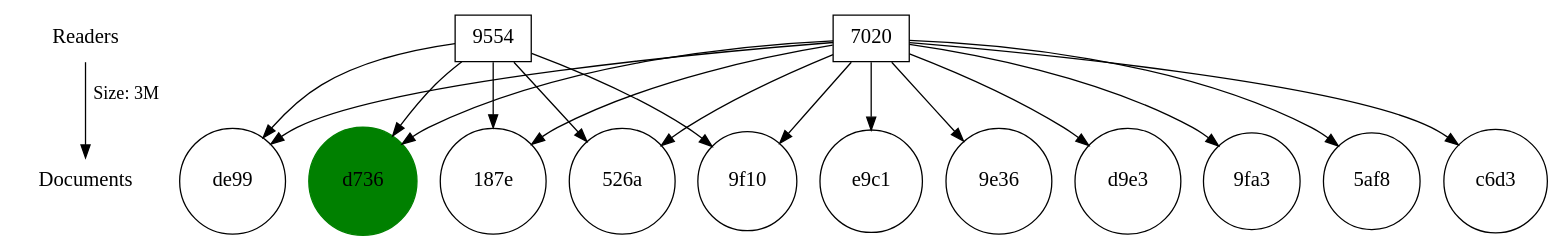
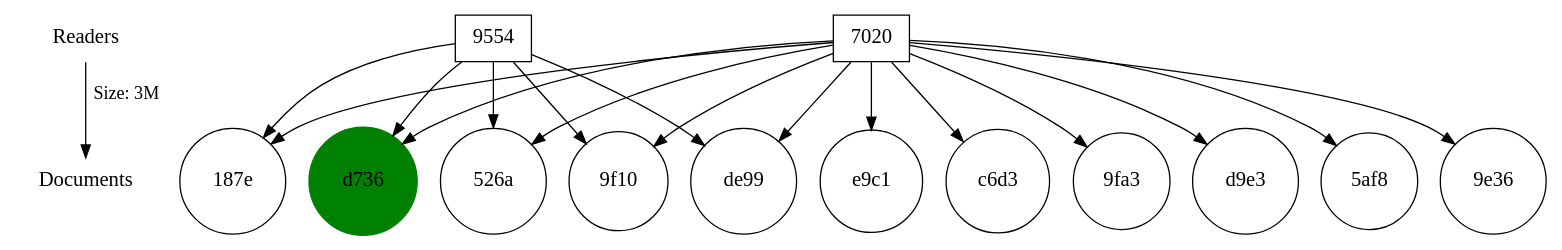
Before and after one commit to duncstin/F21SC_Coursework2: the diagram in test-output.gv, drawn with Graphviz. The commit also changed other lines of this file and 5 other files, not shown here.

```diff
--- a/test-output.gv
+++ b/test-output.gv
@@ -1,40 +1,40 @@
 digraph "Also likes" {
 	node [fontsize=16 shape=plaintext]
 	r [label=Readers]
 	d [label=Documents]
 	r -> d [label="Size: 3M"]
 	9554 [label=9554 rank=r shape=box]
-	de99 [label=de99 rank=d shape=circle]
-	9554 -> de99
+	"187e" [label="187e" rank=d shape=circle]
+	9554 -> "187e"
 	d736 [label=d736 color=green rank=d shape=circle style=filled]
 	9554 -> d736
-	"187e" [label="187e" rank=d shape=circle]
-	9554 -> "187e"
 	"526a" [label="526a" rank=d shape=circle]
 	9554 -> "526a"
 	"9f10" [label="9f10" rank=d shape=circle]
 	9554 -> "9f10"
+	de99 [label=de99 rank=d shape=circle]
+	9554 -> de99
 	7020 [label=7020 rank=r shape=box]
+	"187e" [label="187e" rank=d shape=circle]
+	7020 -> "187e"
+	d736 [label=d736 color=green rank=d shape=circle style=filled]
+	7020 -> d736
 	e9c1 [label=e9c1 rank=d shape=circle]
 	7020 -> e9c1
-	"9e36" [label="9e36" rank=d shape=circle]
-	7020 -> "9e36"
+	c6d3 [label=c6d3 rank=d shape=circle]
+	7020 -> c6d3
+	"9fa3" [label="9fa3" rank=d shape=circle]
+	7020 -> "9fa3"
 	d9e3 [label=d9e3 rank=d shape=circle]
 	7020 -> d9e3
-	de99 [label=de99 rank=d shape=circle]
-	7020 -> de99
-	d736 [label=d736 color=green rank=d shape=circle style=filled]
-	7020 -> d736
-	"187e" [label="187e" rank=d shape=circle]
-	7020 -> "187e"
-	"9fa3" [label="9fa3" rank=d shape=circle]
-	7020 -> "9fa3"
 	"5af8" [label="5af8" rank=d shape=circle]
 	7020 -> "5af8"
 	"526a" [label="526a" rank=d shape=circle]
 	7020 -> "526a"
 	"9f10" [label="9f10" rank=d shape=circle]
 	7020 -> "9f10"
-	c6d3 [label=c6d3 rank=d shape=circle]
-	7020 -> c6d3
+	"9e36" [label="9e36" rank=d shape=circle]
+	7020 -> "9e36"
+	de99 [label=de99 rank=d shape=circle]
+	7020 -> de99
 }
```
